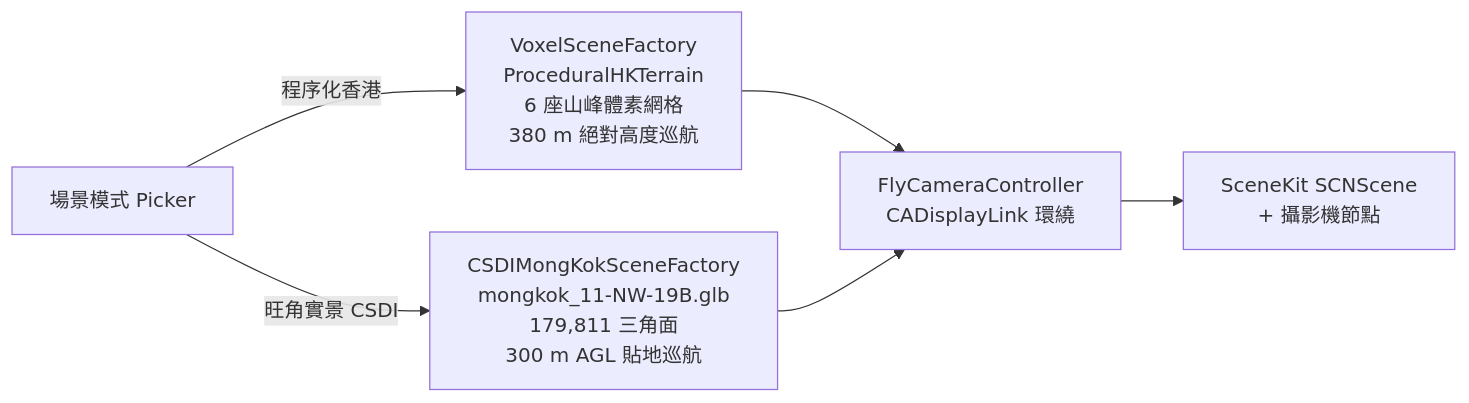
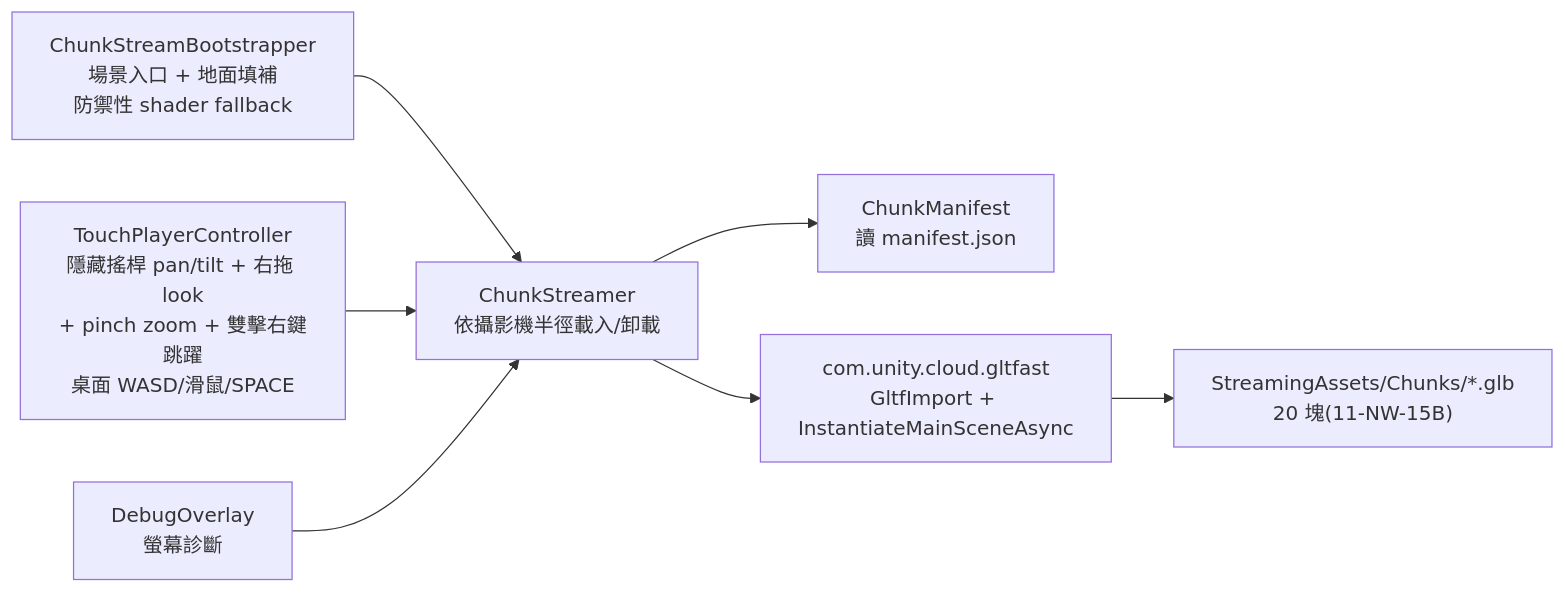
Before and after one commit to Mcc-Mak/ios-app: the third of 3 diagrams in docbase/architecture.md, drawn with Mermaid. The commit also changed other lines of this file and 37 other files, not shown here.

````diff
--- a/docbase/architecture.md
+++ b/docbase/architecture.md
@@ -68,8 +64,9 @@
 ```mermaid
 flowchart LR
-  mode["場景模式 Picker"] -->|"程序化香港"| proc["VoxelSceneFactory<br/>ProceduralHKTerrain<br/>6 座山峰體素網格<br/>380 m 絕對高度巡航"]
-  mode -->|"旺角實景 CSDI"| csdi["CSDIMongKokSceneFactory<br/>mongkok_11-NW-19B.glb<br/>179,811 三角面<br/>300 m AGL 貼地巡航"]
-  proc --> cam["FlyCameraController<br/>CADisplayLink 環繞"]
-  csdi --> cam
-  cam --> scn["SceneKit SCNScene<br/>+ 攝影機節點"]
+  boot["ChunkStreamBootstrapper<br/>場景入口 + 地面填補<br/>防禦性 shader fallback"] --> streamer["ChunkStreamer<br/>依攝影機半徑載入/卸載"]
+  streamer --> manifest["ChunkManifest<br/>讀 manifest.json"]
+  streamer --> gltf["com.unity.cloud.gltfast<br/>GltfImport + InstantiateMainSceneAsync"]
+  gltf --> chunks["StreamingAssets/Chunks/*.glb<br/>20 塊(11-NW-15B)"]
+  ctrl["TouchPlayerController<br/>隱藏搖桿 pan/tilt + 右拖 look<br/>+ pinch zoom + 雙擊右鍵跳躍<br/>桌面 WASD/滑鼠/SPACE"] --> streamer
+  dbg["DebugOverlay<br/>螢幕診斷"] --> streamer
 ```
````
